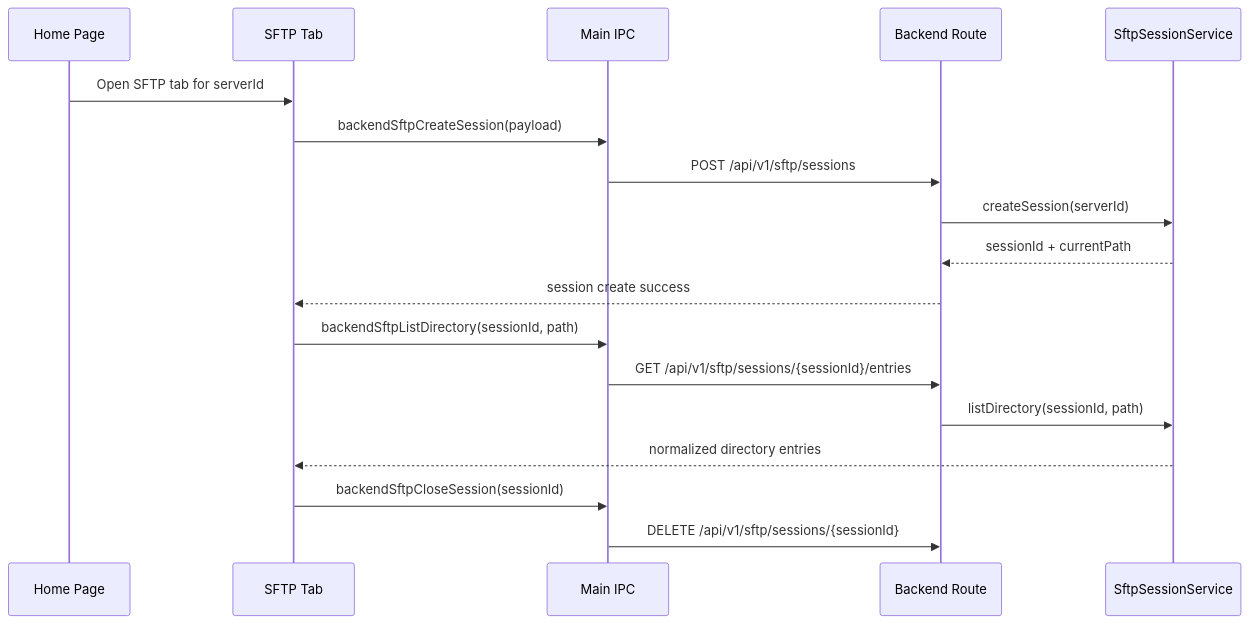
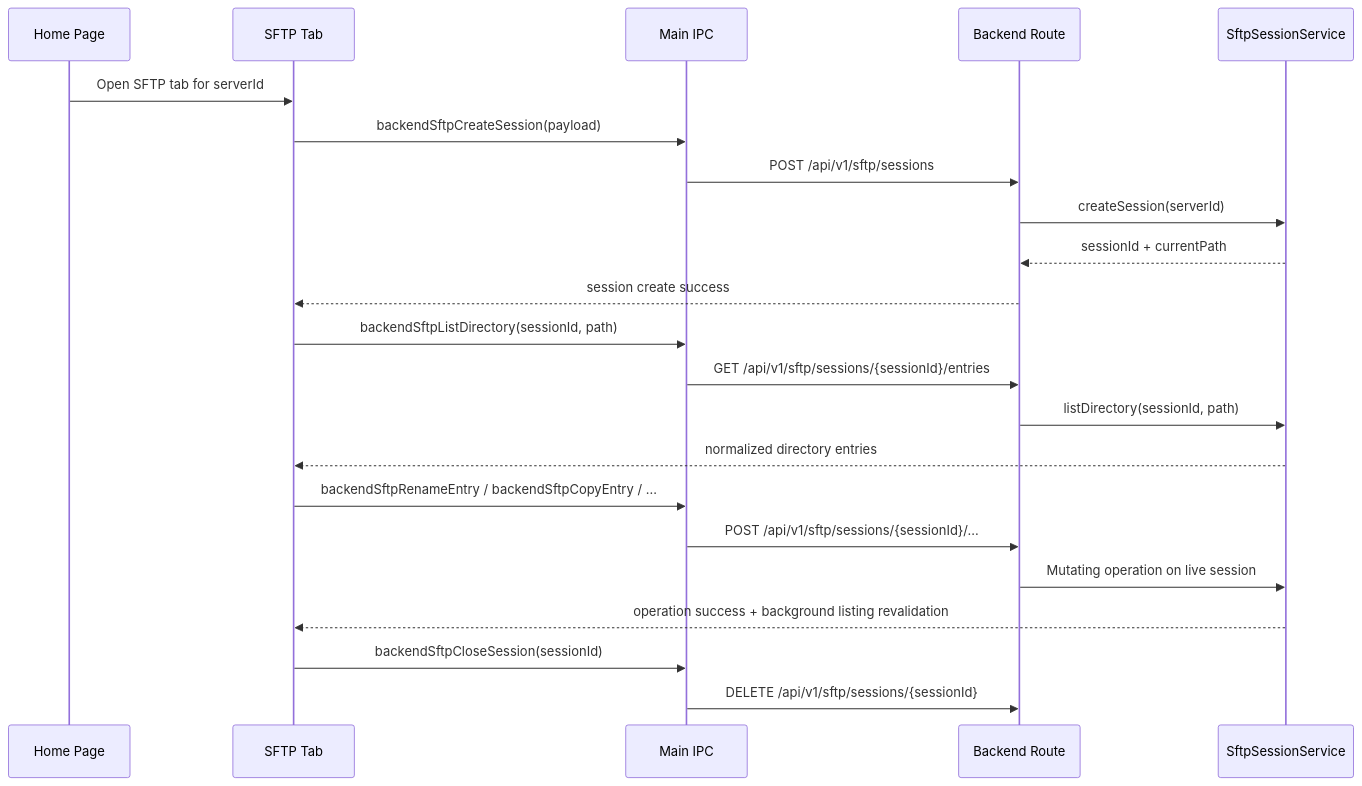
One commit to XYZ1024-alt/Cosmosh changed the second of 2 diagrams in docs/developer/runtime/sftp-file-system.md. Above: the diagram before and after it, drawn with Mermaid. The commit also changed other lines of this file and 23 other files, not shown here.

````diff
--- a/docs/developer/runtime/sftp-file-system.md
+++ b/docs/developer/runtime/sftp-file-system.md
@@ -65,21 +75,25 @@
 ```mermaid
 sequenceDiagram
   participant Home as Home Page
   participant UI as SFTP Tab
   participant Main as Main IPC
   participant API as Backend Route
   participant SFTP as SftpSessionService
 
   Home->>UI: Open SFTP tab for serverId
   UI->>Main: backendSftpCreateSession(payload)
   Main->>API: POST /api/v1/sftp/sessions
   API->>SFTP: createSession(serverId)
   SFTP-->>API: sessionId + currentPath
   API-->>UI: session create success
   UI->>Main: backendSftpListDirectory(sessionId, path)
   Main->>API: GET /api/v1/sftp/sessions/{sessionId}/entries
   API->>SFTP: listDirectory(sessionId, path)
   SFTP-->>UI: normalized directory entries
+  UI->>Main: backendSftpRenameEntry / backendSftpCopyEntry / ...
+  Main->>API: POST /api/v1/sftp/sessions/{sessionId}/...
+  API->>SFTP: Mutating operation on live session
+  SFTP-->>UI: operation success + background listing revalidation
   UI->>Main: backendSftpCloseSession(sessionId)
   Main->>API: DELETE /api/v1/sftp/sessions/{sessionId}
 ```
````
